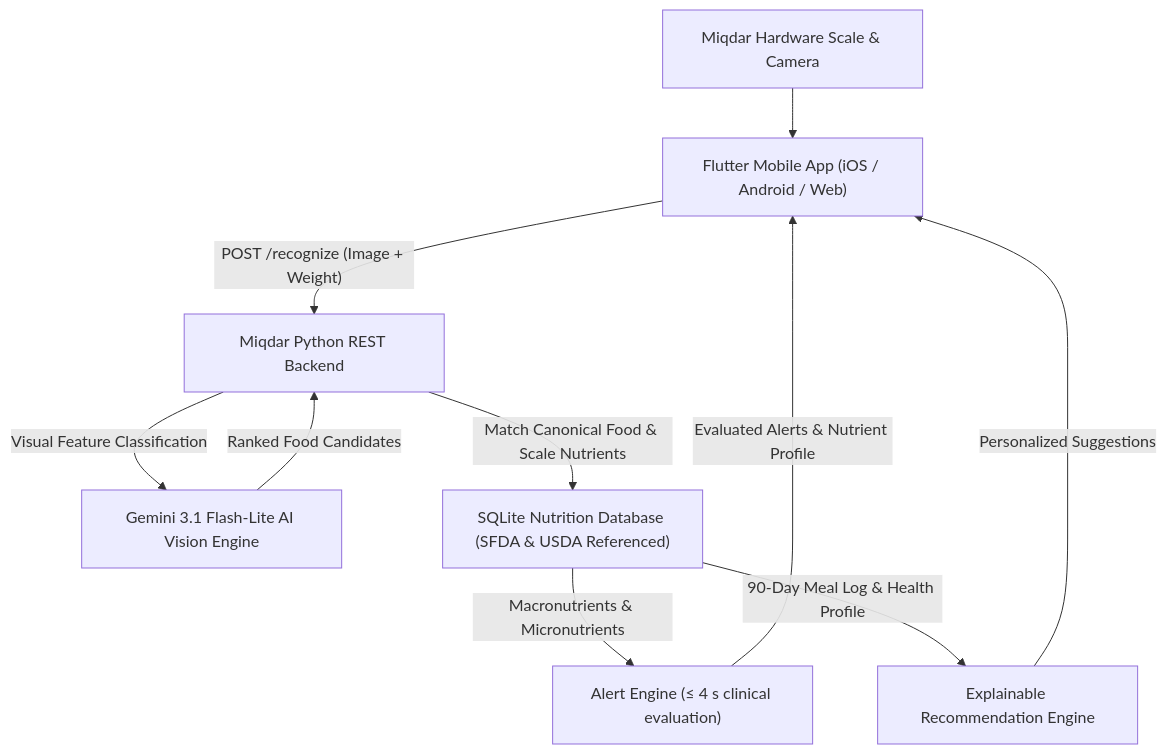
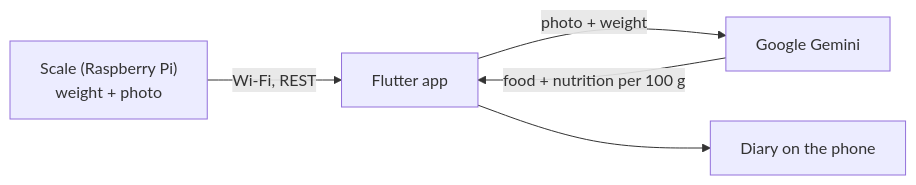
One commit to Abdullah11Kn/Miqdar changed the diagram in README.md. Above: the diagram before and after it, drawn with Mermaid. The commit also changed other lines of this file and 25 other files, not shown here.

````diff
--- a/README.md
+++ b/README.md
@@ -11,12 +11,7 @@
 ```mermaid
-flowchart TD
-  A["Miqdar Hardware Scale & Camera"] --> B["Flutter Mobile App (iOS / Android / Web)"]
-  B -->|"POST /recognize (Image + Weight)"| C["Miqdar Python REST Backend"]
-  C -->|"Visual Feature Classification"| D["Gemini 3.1 Flash-Lite AI Vision Engine"]
-  D -->|"Ranked Food Candidates"| C
-  C -->|"Match Canonical Food & Scale Nutrients"| E["SQLite Nutrition Database (SFDA & USDA Referenced)"]
-  E -->|"Macronutrients & Micronutrients"| F["Alert Engine (≤ 4 s clinical evaluation)"]
-  F -->|"Evaluated Alerts & Nutrient Profile"| B
-  E -->|"90-Day Meal Log & Health Profile"| G["Explainable Recommendation Engine"]
-  G -->|"Personalized Suggestions"| B
+flowchart LR
+  A["Scale (Raspberry Pi)<br/>weight + photo"] -->|"Wi-Fi, REST"| B["Flutter app"]
+  B -->|"photo + weight"| C["Google Gemini"]
+  C -->|"food + nutrition per 100 g"| B
+  B --> D["Diary on the phone"]
 ```
````
